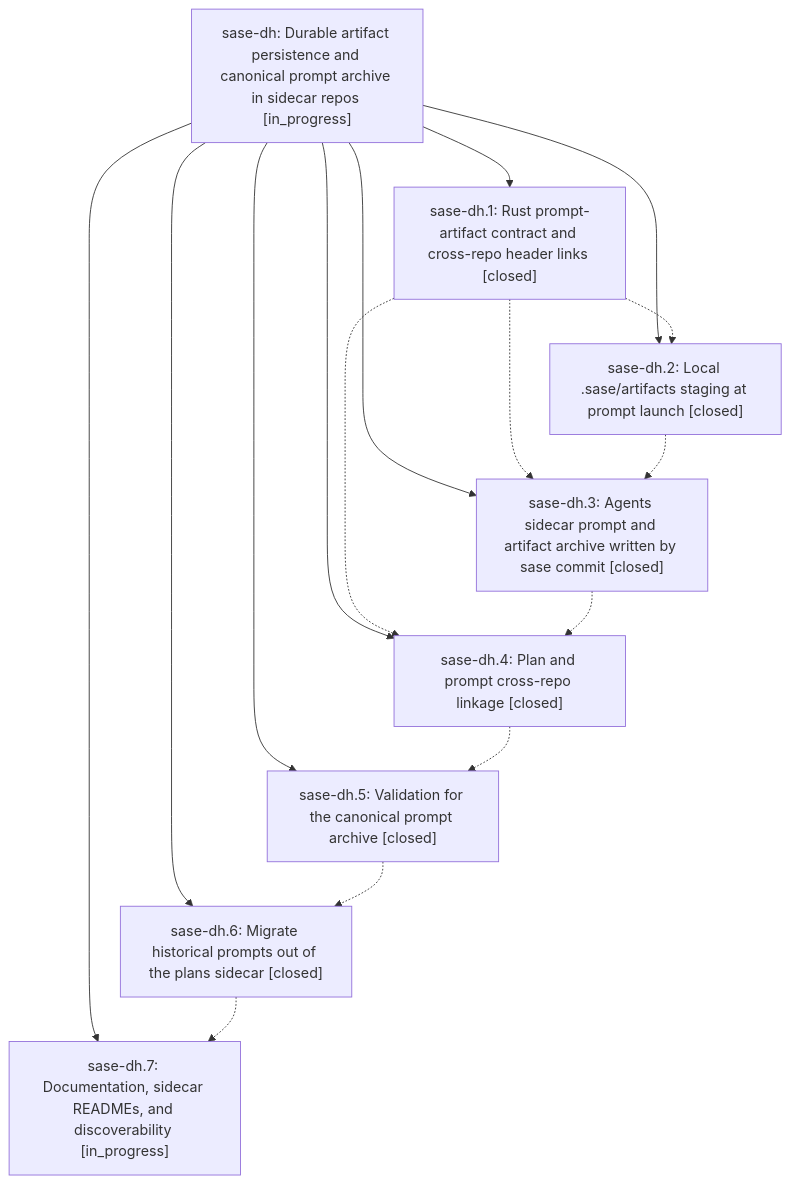
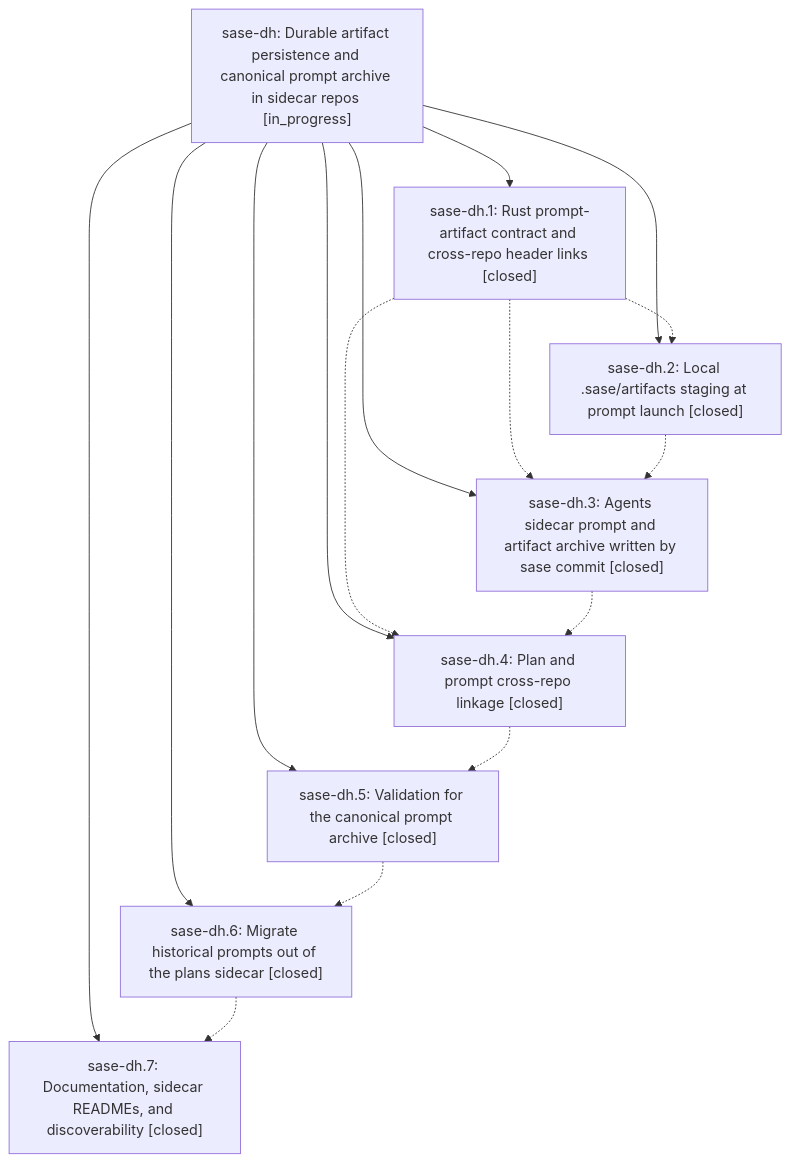
One commit to sase-org/sase--beads changed the diagram in pages/sase-dh/README.md. Above: the diagram before and after it, drawn with Mermaid. The commit also changed other lines of this file and 2 other files, not shown here.

First line of the commit message:
chore(beads): sync bead state and pages for sase-dh

````diff
--- a/pages/sase-dh/README.md
+++ b/pages/sase-dh/README.md
@@ -28,26 +28,26 @@
 ```mermaid
 flowchart TD
     n0["sase-dh: Durable artifact persistence and canonical prompt archive in sidecar repos [in_progress]"]
     n1["sase-dh.1: Rust prompt-artifact contract and cross-repo header links [closed]"]
     n2["sase-dh.2: Local .sase/artifacts staging at prompt launch [closed]"]
     n3["sase-dh.3: Agents sidecar prompt and artifact archive written by sase commit [closed]"]
     n4["sase-dh.4: Plan and prompt cross-repo linkage [closed]"]
     n5["sase-dh.5: Validation for the canonical prompt archive [closed]"]
     n6["sase-dh.6: Migrate historical prompts out of the plans sidecar [closed]"]
-    n7["sase-dh.7: Documentation, sidecar READMEs, and discoverability [in_progress]"]
+    n7["sase-dh.7: Documentation, sidecar READMEs, and discoverability [closed]"]
     n0 --> n1
     n0 --> n2
     n0 --> n3
     n0 --> n4
     n0 --> n5
     n0 --> n6
     n0 --> n7
     n1 -.-> n2
     n1 -.-> n3
     n1 -.-> n4
     n2 -.-> n3
     n3 -.-> n4
     n4 -.-> n5
     n5 -.-> n6
     n6 -.-> n7
 ```
````
